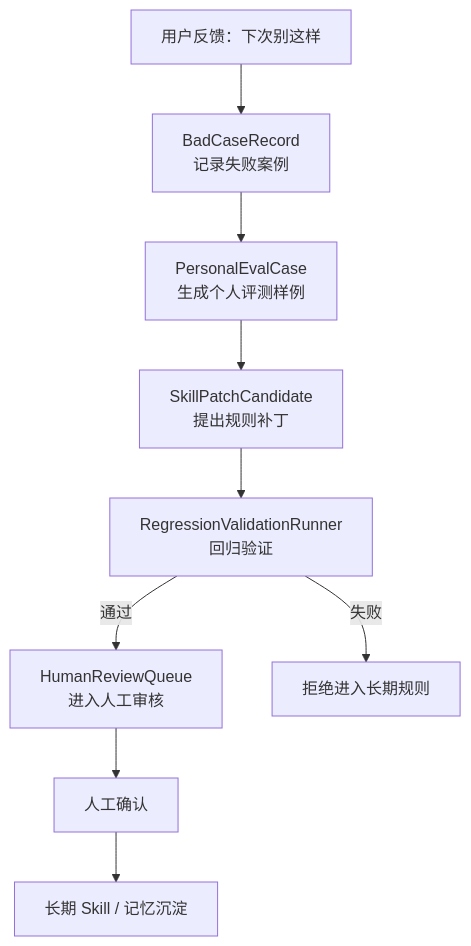
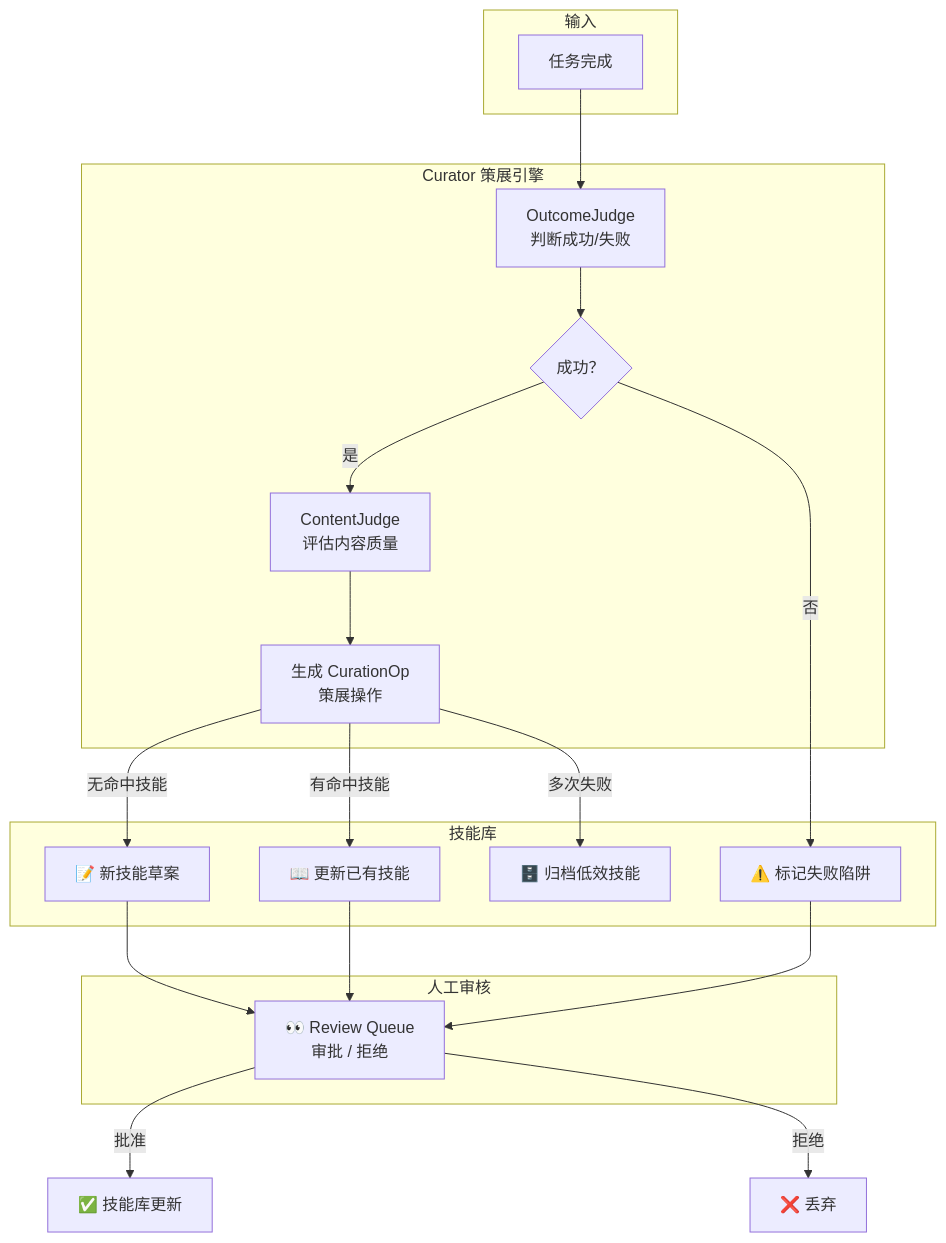
The seventh of 7 diagrams in README.md (liuanye9-lab/OS-agent-slim), drawn with Mermaid before and after one commit. The commit also changed other lines of this file, not shown here.

````diff
--- a/README.md
+++ b/README.md
@@ -299,11 +325,38 @@
 ```mermaid
 flowchart TB
-    A[用户反馈：下次别这样] --> B[BadCaseRecord<br/>记录失败案例]
-    B --> C[PersonalEvalCase<br/>生成个人评测样例]
-    C --> D[SkillPatchCandidate<br/>提出规则补丁]
-    D --> E[RegressionValidationRunner<br/>回归验证]
-    E -->|通过| F[HumanReviewQueue<br/>进入人工审核]
-    E -->|失败| G[拒绝进入长期规则]
-    F --> H[人工确认]
-    H --> I[长期 Skill / 记忆沉淀]
+    subgraph 输入
+        A[任务完成]
+    end
+
+    subgraph Curator 策展引擎
+        B[OutcomeJudge<br/>判断成功/失败]
+        C{成功？}
+        D[ContentJudge<br/>评估内容质量]
+        E[生成 CurationOp<br/>策展操作]
+    end
+
+    subgraph 技能库
+        F[📝 新技能草案]
+        G[📖 更新已有技能]
+        H[⚠️ 标记失败陷阱]
+        I[🗄️ 归档低效技能]
+    end
+
+    subgraph 人工审核
+        J[👀 Review Queue<br/>审批 / 拒绝]
+    end
+
+    A --> B
+    B --> C
+    C -->|是| D
+    C -->|否| H
+    D --> E
+    E -->|无命中技能| F
+    E -->|有命中技能| G
+    E -->|多次失败| I
+    F --> J
+    G --> J
+    H --> J
+    J -->|批准| K[✅ 技能库更新]
+    J -->|拒绝| L[❌ 丢弃]
 ```
````
